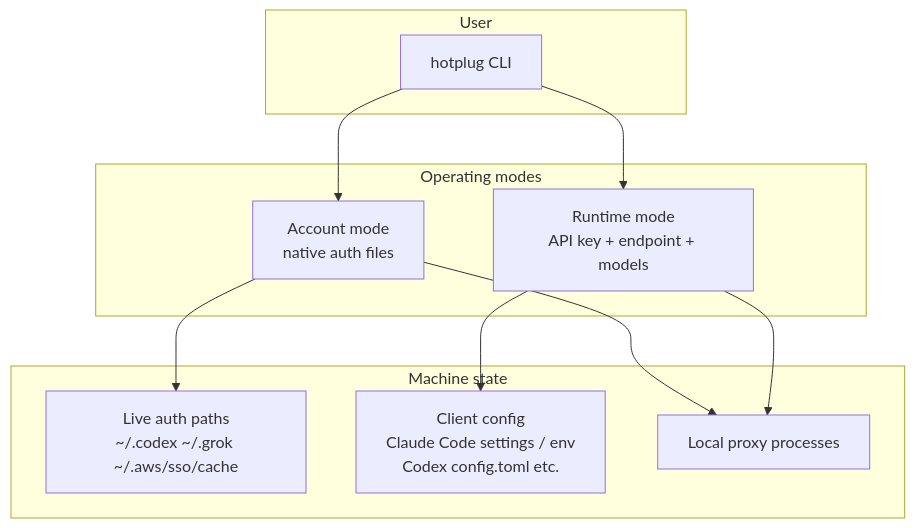
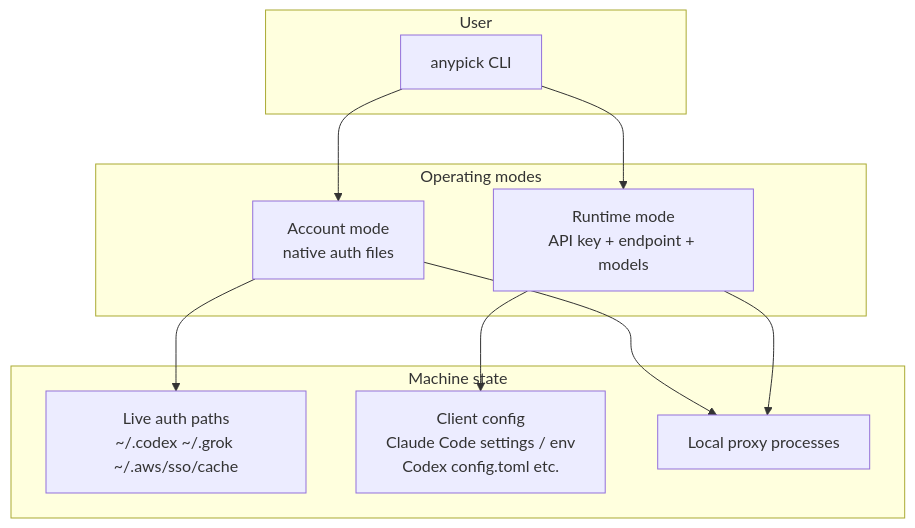
The first of 6 diagrams in docs/history/DESIGN.md (outof0/anypick), drawn with Mermaid before and after one commit. The commit also changed other lines of this file and 508 other files, not shown here.

````diff
--- a/docs/history/DESIGN.md
+++ b/docs/history/DESIGN.md
@@ -173,24 +173,24 @@
 ```mermaid
 flowchart TB
   subgraph user [User]
-    CLI[hotplug CLI]
+    CLI[anypick CLI]
   end
 
   subgraph modes [Operating modes]
     ACC[Account mode<br/>native auth files]
     RT[Runtime mode<br/>API key + endpoint + models]
   end
 
   subgraph targets [Machine state]
     LIVE[Live auth paths<br/>~/.codex ~/.grok ~/.aws/sso/cache]
     CLIENTCFG[Client config<br/>Claude Code settings / env<br/>Codex config.toml etc.]
     PROXY[Local proxy processes]
   end
 
   CLI --> ACC
   CLI --> RT
   ACC --> LIVE
   ACC --> PROXY
   RT --> CLIENTCFG
   RT --> PROXY
 ```
````
